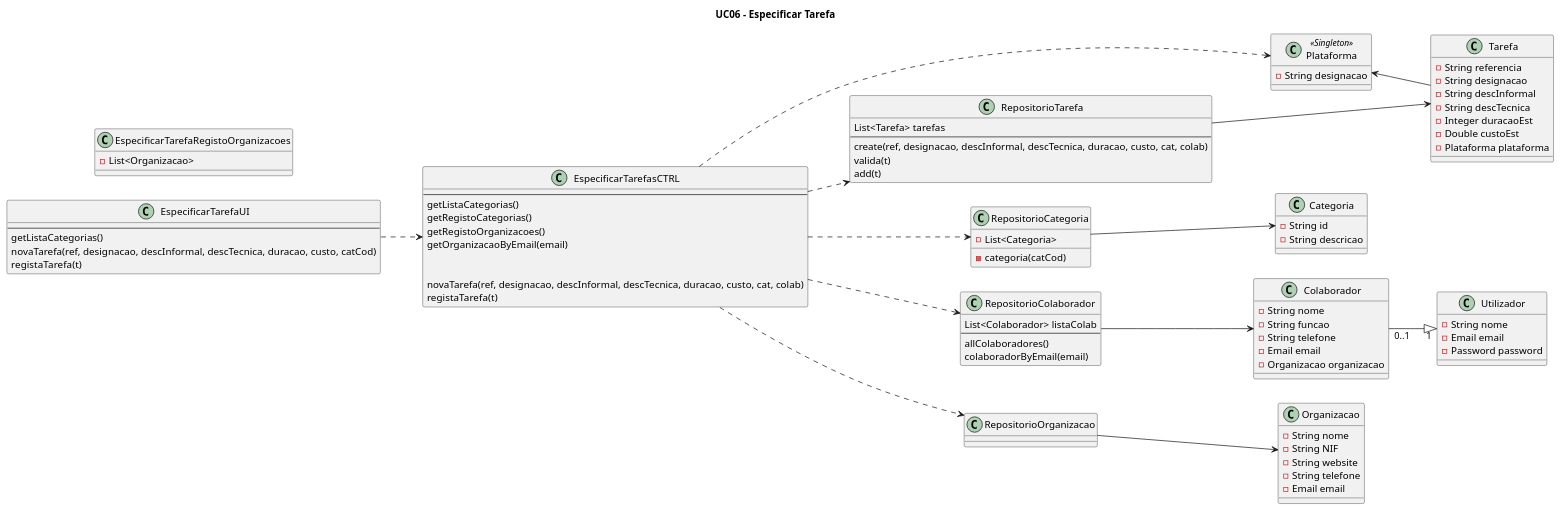
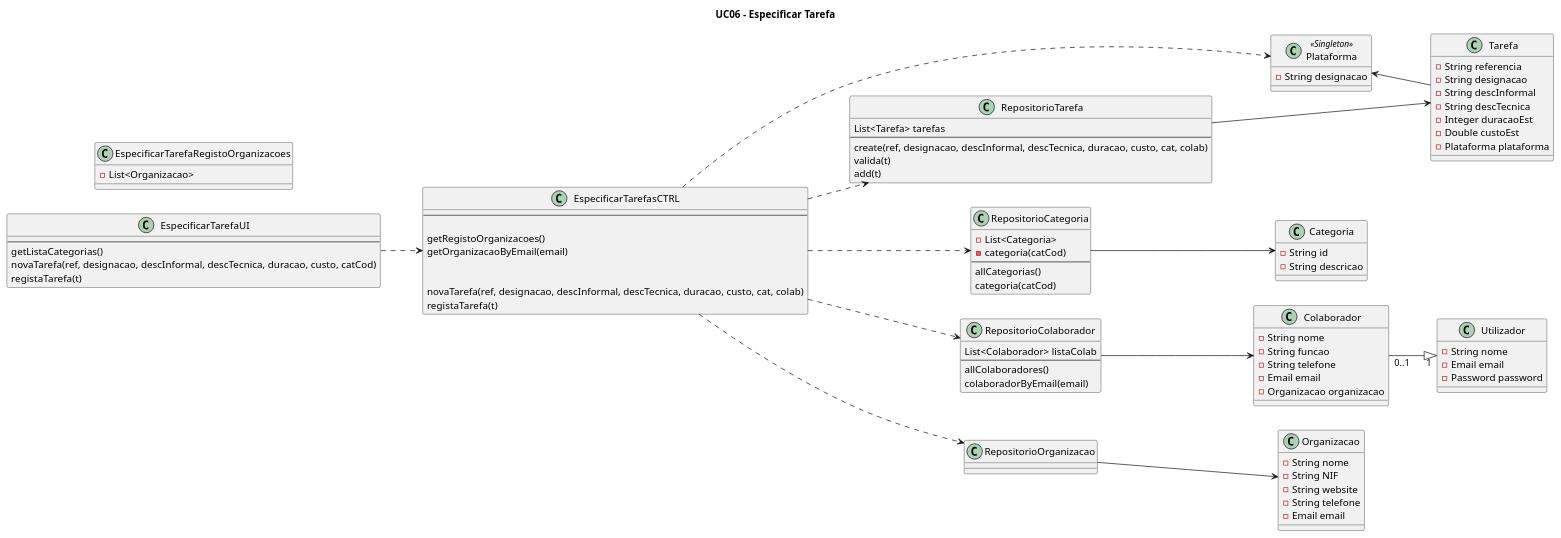
One commit to blestonbandeiraUPSKILL/upskill_java1_labprg_grupo2 changed the diagram in Sprint 2/UC06_Especificar_Tarefa/UC06_Especificar_Tarefa_Diagrama_Classes.puml. Above: the diagram before and after it, drawn with PlantUML.

Commit message:
uc06 - diagrama de sequencia - update

```diff
--- a/Sprint 2/UC06_Especificar_Tarefa/UC06_Especificar_Tarefa_Diagrama_Classes.puml
+++ b/Sprint 2/UC06_Especificar_Tarefa/UC06_Especificar_Tarefa_Diagrama_Classes.puml
@@ -1,103 +1,105 @@
 @startuml
 
 title UC06 - Especificar Tarefa
 left to right direction
 
 class Plataforma <<Singleton>> {
     -String designacao
 }
 
 class EspecificarTarefaUI {
     --
     getListaCategorias()
     novaTarefa(ref, designacao, descInformal, descTecnica, duracao, custo, catCod)
     registaTarefa(t)
 }
 
 class EspecificarTarefasCTRL {
     --
-    getListaCategorias()
-    getRegistoCategorias()
+   
     getRegistoOrganizacoes()
     getOrganizacaoByEmail(email)
     
 
     novaTarefa(ref, designacao, descInformal, descTecnica, duracao, custo, cat, colab)
     registaTarefa(t)
 }
 
 class RepositorioTarefa {
     List<Tarefa> tarefas
     --
     create(ref, designacao, descInformal, descTecnica, duracao, custo, cat, colab)
     valida(t)
     add(t)
 }
 
 class RepositorioCategoria {
     -List<Categoria>
     -categoria(catCod)
+    --
+    allCategorias()
+    categoria(catCod)
 }
 
 class EspecificarTarefaRegistoOrganizacoes {
     -List<Organizacao>
 }
 
 class RepositorioColaborador {
     List<Colaborador> listaColab
     --
     allColaboradores()
     colaboradorByEmail(email)
 }
 
 class Organizacao {
     -String nome
     -String NIF
     -String website
     -String telefone
     -Email email
 }
 
 class Colaborador {
     -String nome
     -String funcao
     -String telefone
     -Email email
     -Organizacao organizacao
 }
 
 class Tarefa {
     -String referencia
     -String designacao
     -String descInformal
     -String descTecnica
     -Integer duracaoEst
     -Double custoEst
     -Plataforma plataforma
 }
 
 class Utilizador {
     -String nome
     -Email email
     -Password password
 }
 
 class Categoria {
     -String id
     -String descricao
 }
 
 Colaborador"0..1" --|> "1"Utilizador
 EspecificarTarefaUI ..> EspecificarTarefasCTRL
 EspecificarTarefasCTRL ..> Plataforma
 EspecificarTarefasCTRL ..> RepositorioCategoria
 EspecificarTarefasCTRL ..> RepositorioTarefa
 EspecificarTarefasCTRL ..> RepositorioOrganizacao
 RepositorioOrganizacao --> Organizacao
 EspecificarTarefasCTRL ..> RepositorioColaborador
 RepositorioColaborador --> Colaborador
 RepositorioTarefa ---> Tarefa
 RepositorioCategoria --> Categoria
 Plataforma <-- Tarefa
 
 @enduml
```
